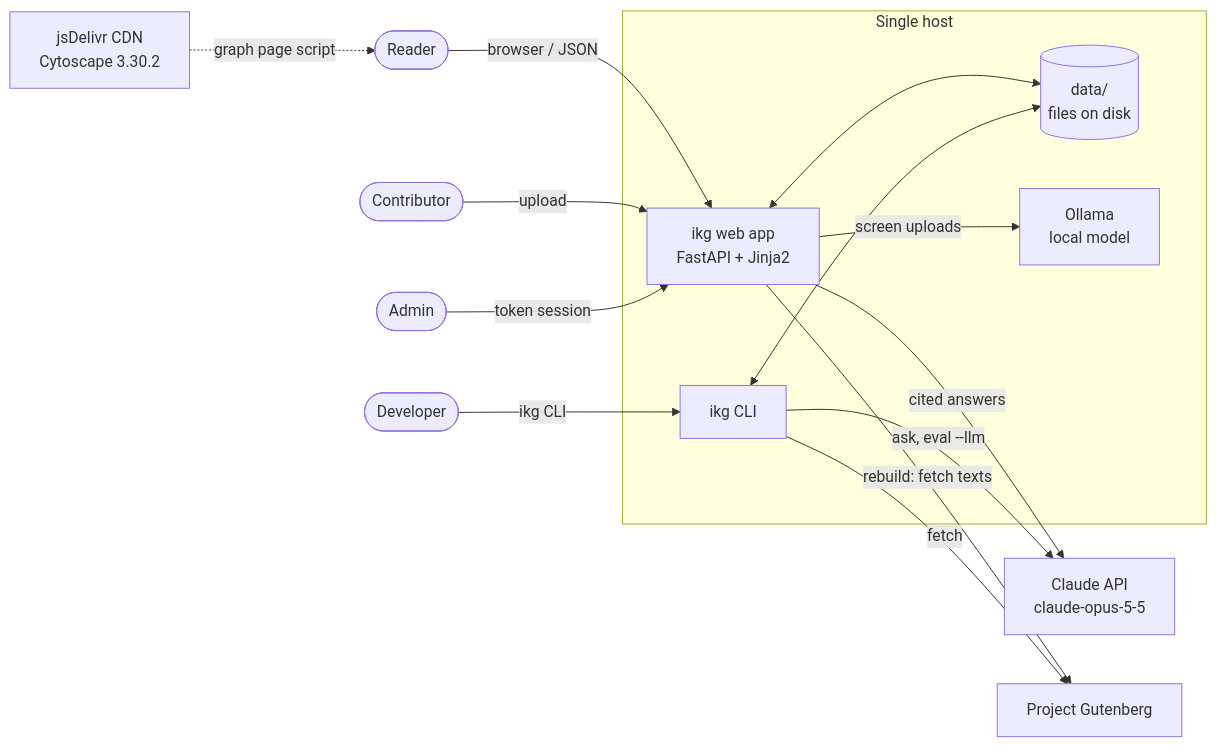
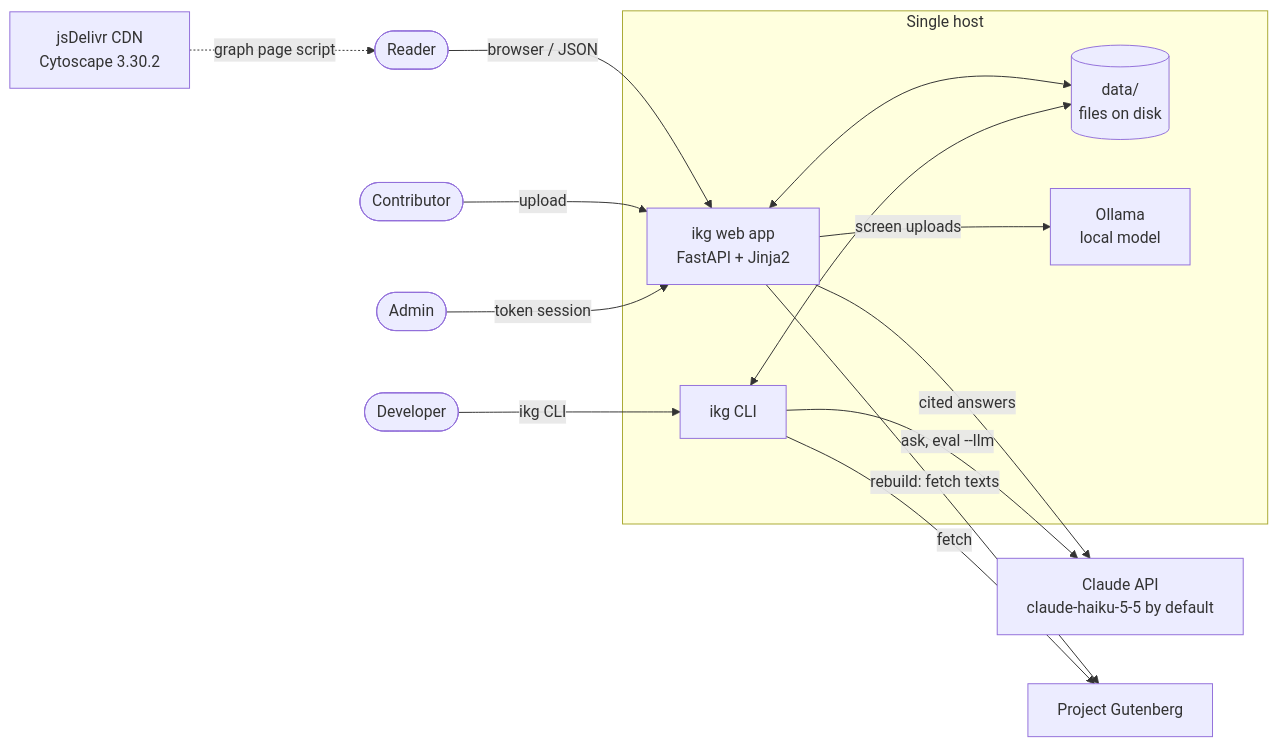
Before and after one commit to vkonda2000/indic-knowledge-graph: the first of 5 diagrams in docs/02-architecture.md, drawn with Mermaid. The commit also changed other lines of this file and 16 other files, not shown here.

````diff
--- a/docs/02-architecture.md
+++ b/docs/02-architecture.md
@@ -5,23 +5,23 @@
 ```mermaid
 flowchart LR
     reader([Reader]) -->|browser / JSON| app
     contributor([Contributor]) -->|upload| app
     admin([Admin]) -->|token session| app
     dev([Developer]) -->|ikg CLI| cli
 
     subgraph host[Single host]
         app[ikg web app<br/>FastAPI + Jinja2]
         cli[ikg CLI]
         data[(data/<br/>files on disk)]
         ollama[Ollama<br/>local model]
     end
 
     app <--> data
     cli <--> data
     app -->|screen uploads| ollama
-    app -->|cited answers| claude[Claude API<br/>claude-opus-5-5]
+    app -->|cited answers| claude[Claude API<br/>claude-haiku-5-5 by default]
     cli -->|ask, eval --llm| claude
     app -->|rebuild: fetch texts| gutenberg[Project Gutenberg]
     cli -->|fetch| gutenberg
     browser_cdn[jsDelivr CDN<br/>Cytoscape 3.30.2] -.->|graph page script| reader
 ```
````
